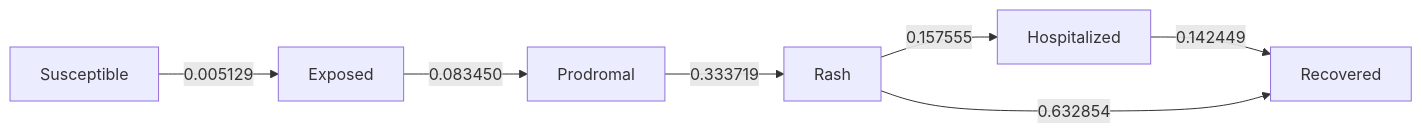
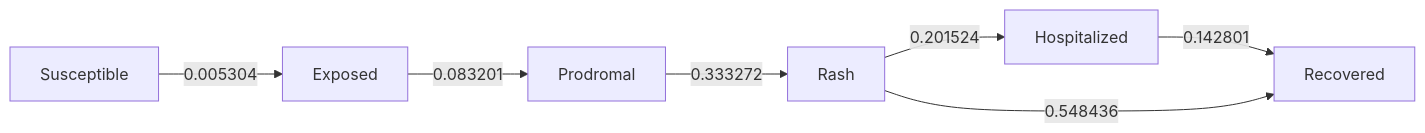
One commit to EpiForeSITE/epiworld-measles changed the diagram in scenarios/canyon_grove_58/README.md. Above: the diagram before and after it, drawn with Mermaid. The commit also changed other lines of this file and 29 other files, not shown here.

````diff
--- a/scenarios/canyon_grove_58/README.md
+++ b/scenarios/canyon_grove_58/README.md
@@ -136,16 +136,16 @@
 ``` mermaid
 flowchart LR
     s0[Exposed]
     s1[Hospitalized]
     s2[Prodromal]
     s3[Rash]
     s4[Recovered]
     s5[Susceptible]
-    s0 -->|0.083450| s2
-    s1 -->|0.142449| s4
-    s2 -->|0.333719| s3
-    s3 -->|0.157555| s1
-    s3 -->|0.632854| s4
-    s5 -->|0.005129| s0
+    s0 -->|0.083201| s2
+    s1 -->|0.142801| s4
+    s2 -->|0.333272| s3
+    s3 -->|0.201524| s1
+    s3 -->|0.548436| s4
+    s5 -->|0.005304| s0
 
 ```
````
